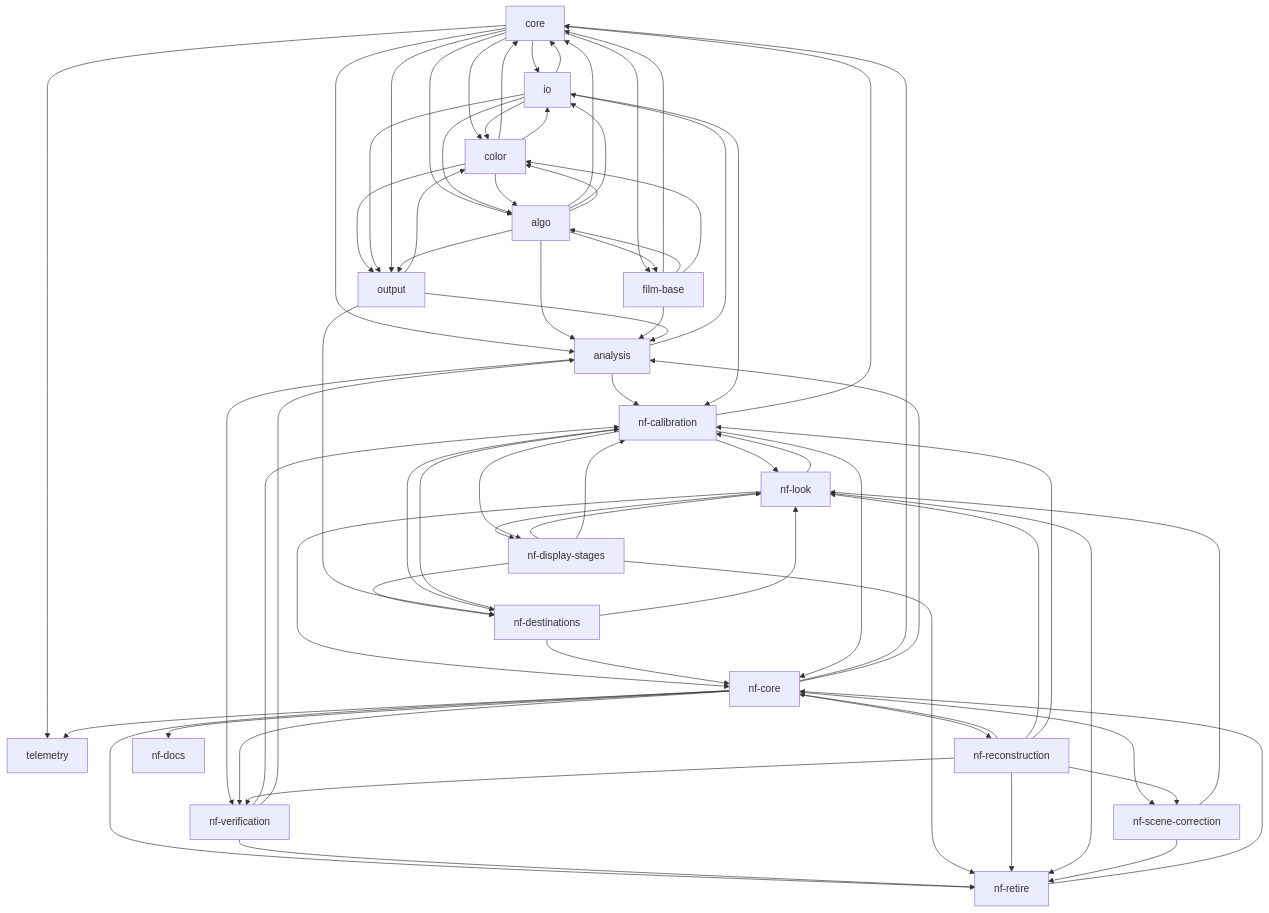
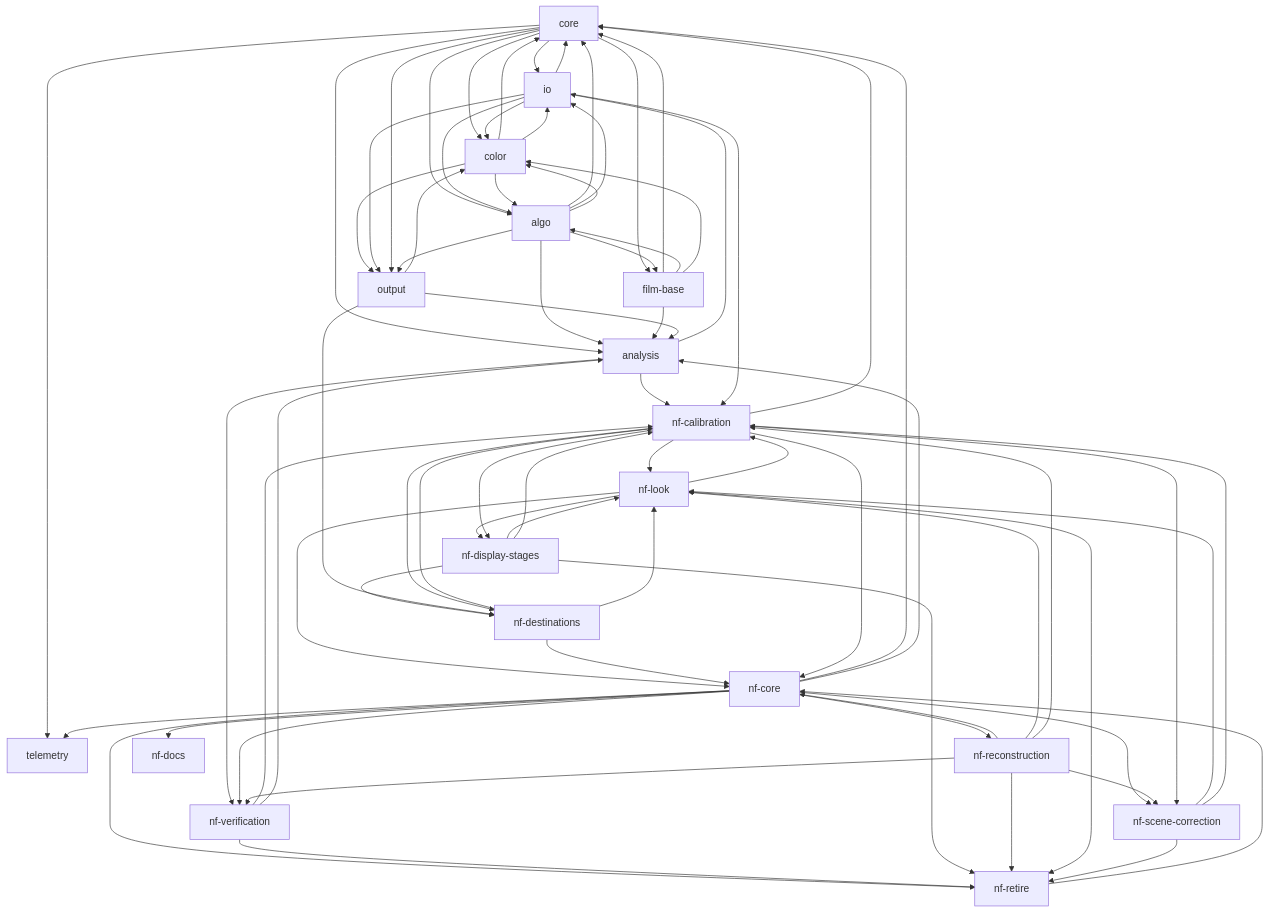
The first of 2 diagrams in docs/TASKS.md (lix42/hanten), drawn with Mermaid before and after one commit. The commit also changed other lines of this file and 11 other files, not shown here.

```diff
--- a/docs/TASKS.md
+++ b/docs/TASKS.md
@@ -179,6 +179,8 @@
   nf-calibration --> core
   nf-core --> core
   nf-scene-correction --> nf-retire
+  nf-calibration --> nf-scene-correction
+  nf-scene-correction --> nf-calibration
   nf-core --> nf-docs
   nf-core --> analysis
   nf-verification --> analysis
```
